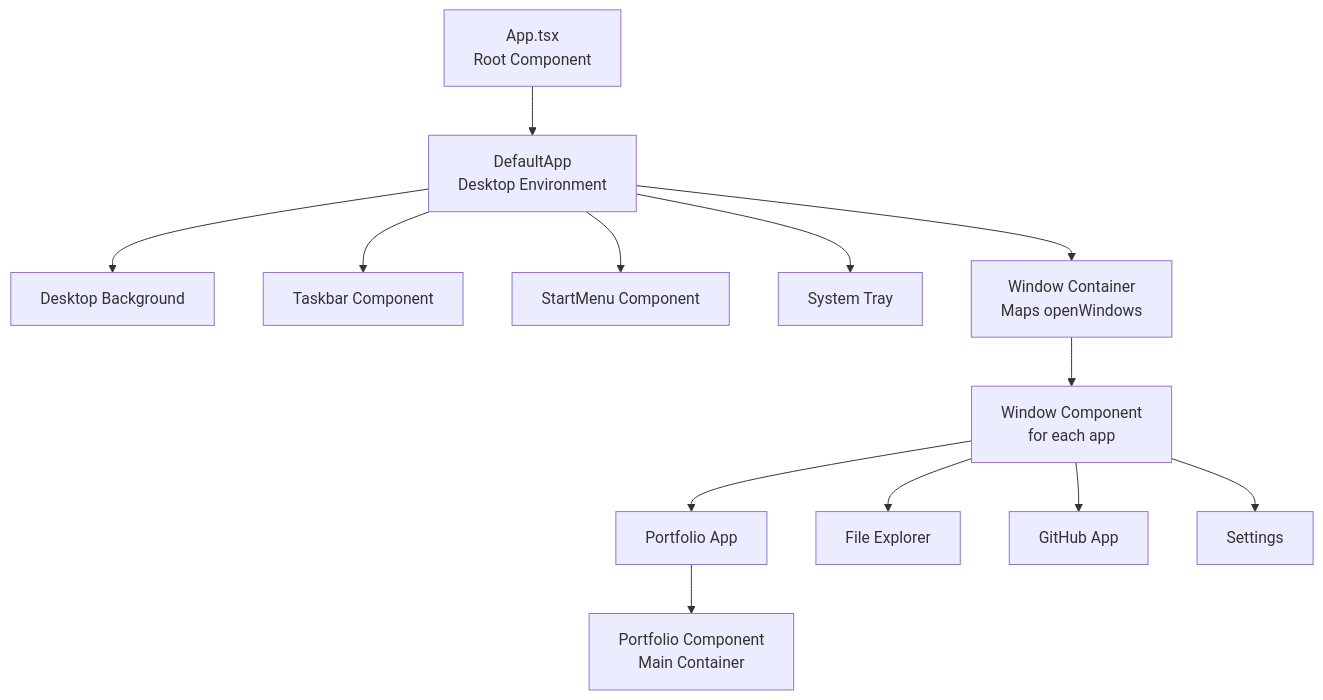
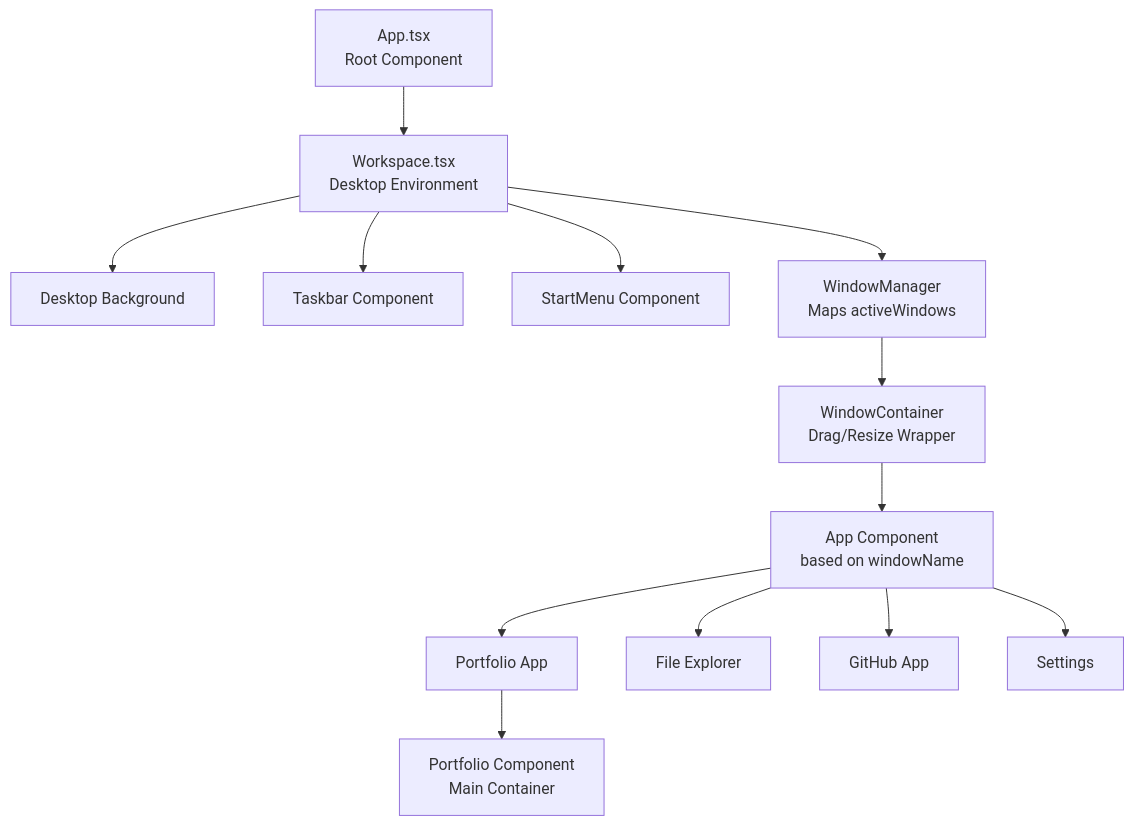
The first of 9 diagrams in docs/COMPONENT_RELATIONSHIPS.md (NatsuDrag9/portfolio-os), drawn with Mermaid before and after one commit. The commit also changed other lines of this file and 7 other files, not shown here.

Commit message:
docs(app): correct architecture doc and add more docs

````diff
--- a/docs/COMPONENT_RELATIONSHIPS.md
+++ b/docs/COMPONENT_RELATIONSHIPS.md
@@ -9,21 +9,22 @@
 ```mermaid
 graph TD
     A["App.tsx<br/>Root Component"]
 
-    A --> B["DefaultApp<br/>Desktop Environment"]
+    A --> B["Workspace.tsx<br/>Desktop Environment"]
 
     B --> B1["Desktop Background"]
     B --> B2["Taskbar Component"]
     B --> B3["StartMenu Component"]
-    B --> B4["System Tray"]
-    B --> B5["Window Container<br/>Maps openWindows"]
+    B --> B4["WindowManager<br/>Maps activeWindows"]
 
-    B5 --> C["Window Component<br/>for each app"]
+    B4 --> B5["WindowContainer<br/>Drag/Resize Wrapper"]
+
+    B5 --> C["App Component<br/>based on windowName"]
 
     C --> C1["Portfolio App"]
     C --> C2["File Explorer"]
     C --> C3["GitHub App"]
     C --> C4["Settings"]
 
     C1 --> D["Portfolio Component<br/>Main Container"]
 ```
````
